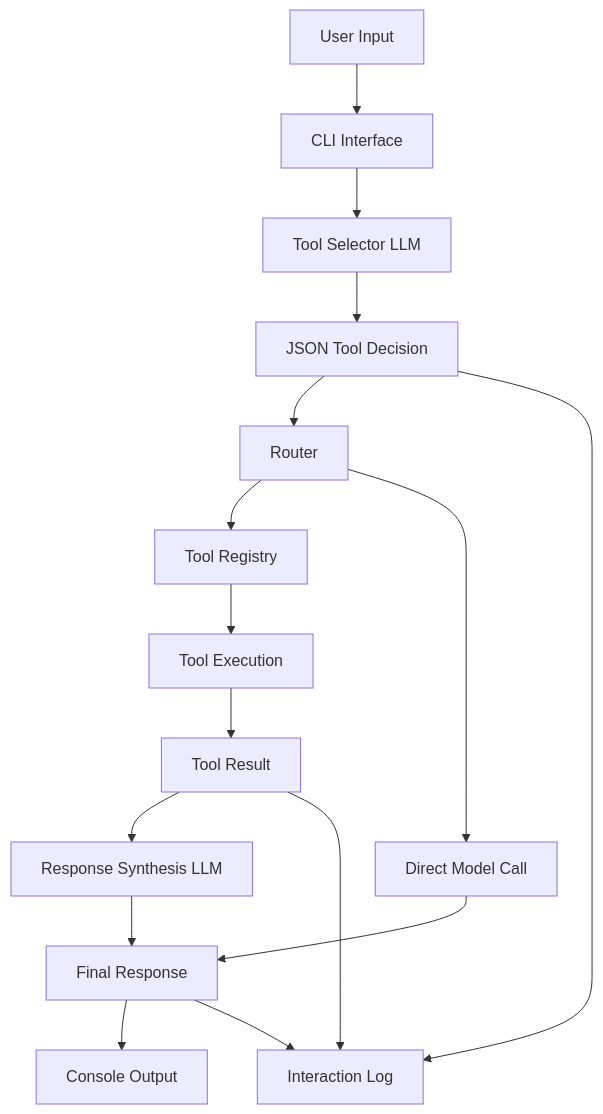
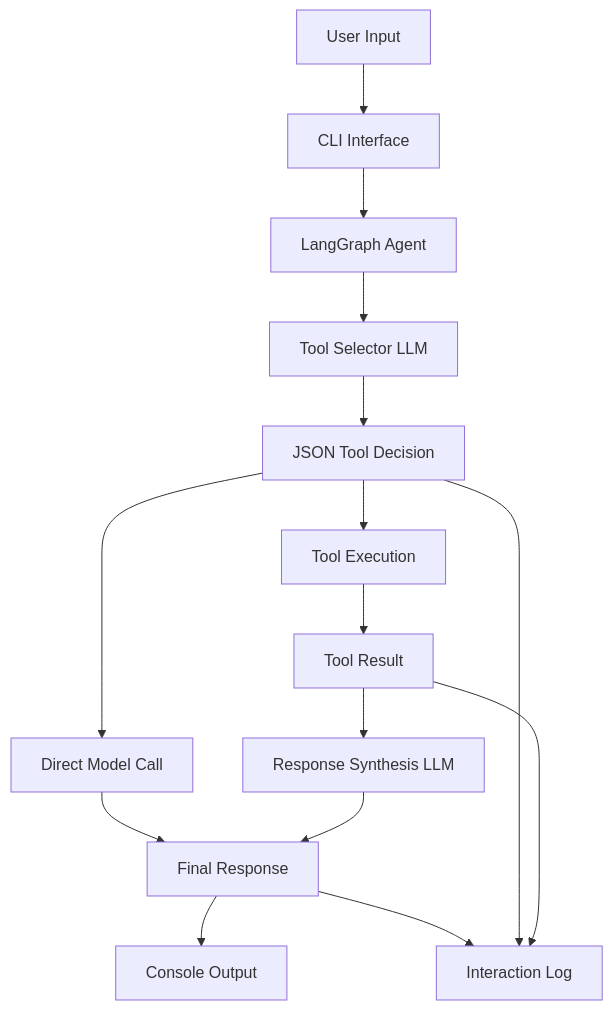
Before and after one commit to awsvkvims/agentic-ai-platform-engineering: the first of 3 diagrams in docs/architecture.md, drawn with Mermaid. The commit also changed other lines of this file and 3 other files, not shown here.

Commit message:
update the new architecture document

````diff
--- a/docs/architecture.md
+++ b/docs/architecture.md
@@ -11,35 +12,30 @@
-``` mermaid
-
+```mermaid
 flowchart TD
 
 UserInput["User Input"] --> CLI["CLI Interface"]
 
-CLI --> ToolSelector["Tool Selector LLM"]
+CLI --> LangGraph["LangGraph Agent"]
 
-ToolSelector --> Decision["JSON Tool Decision"]
+LangGraph --> Selector["Tool Selector LLM"]
 
-Decision --> Router["Router"]
+Selector --> Decision["JSON Tool Decision"]
 
-Router --> ToolRegistry["Tool Registry"]
+Decision --> ToolExecution["Tool Execution"]
 
-ToolRegistry --> ToolExecution["Tool Execution"]
+Decision --> ModelFallback["Direct Model Call"]
 
 ToolExecution --> ToolResult["Tool Result"]
 
-Router --> ModelFallback["Direct Model Call"]
-
 ToolResult --> Synthesis["Response Synthesis LLM"]
 
-Synthesis --> FinalResponse["Final Response"]
+ModelFallback --> FinalResponse["Final Response"]
 
-ModelFallback --> FinalResponse
+Synthesis --> FinalResponse
 
 FinalResponse --> ConsoleOutput["Console Output"]
 
 FinalResponse --> Logs["Interaction Log"]
 
 Decision --> Logs
-
 ToolResult --> Logs
-
 ```
````
